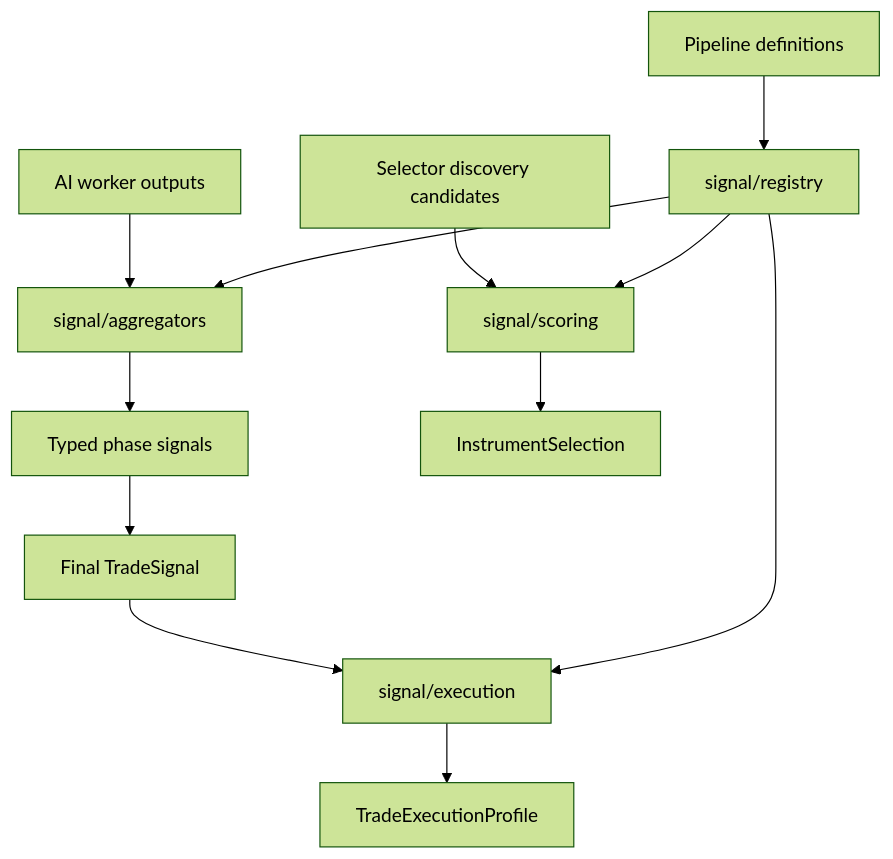
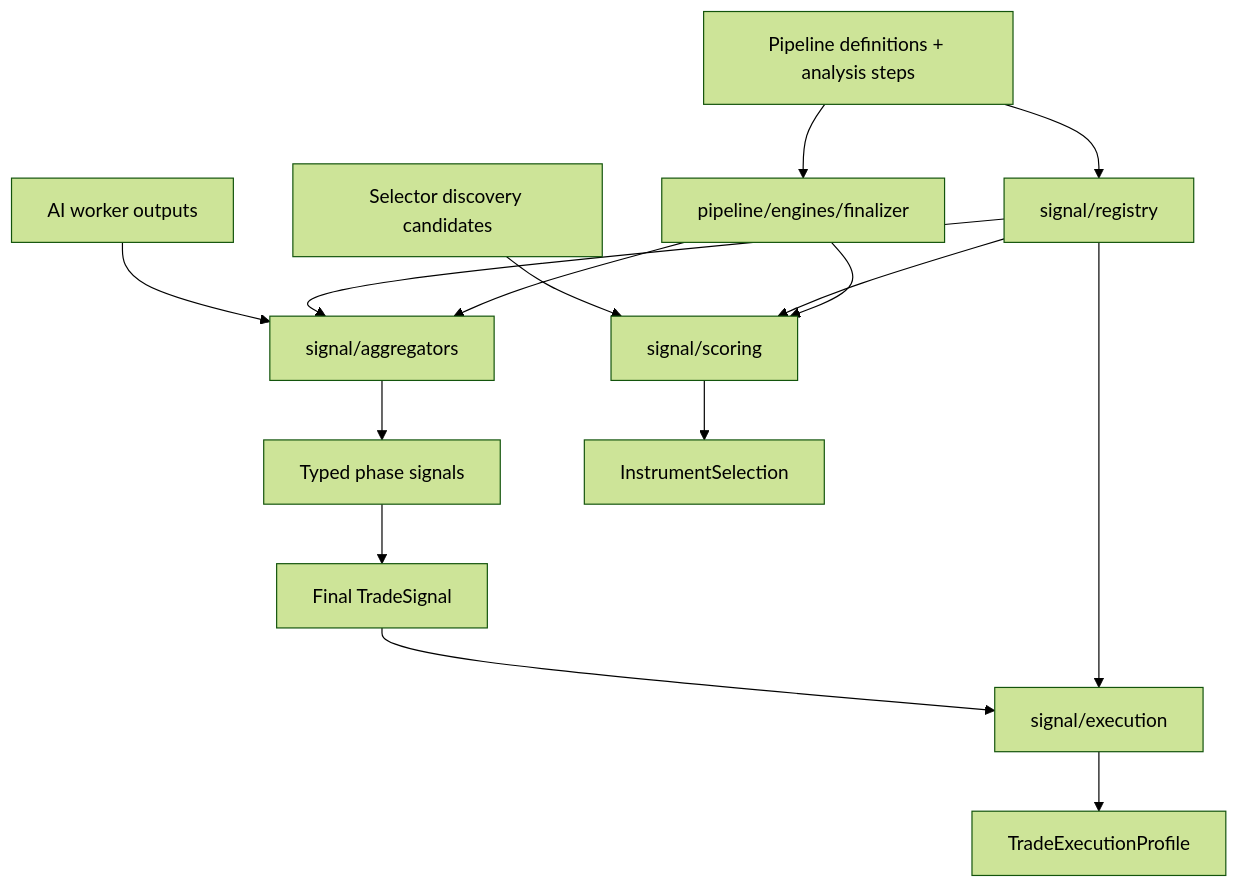
The diagram in electron/main/services/signal/README.md (KennethAtchon/Exva), drawn with Mermaid (forest theme) before and after one commit. The commit also changed other lines of this file and 19 other files, not shown here.

First line of the commit message:
Implement definition-first pipeline architecture and enhance phase organization

````diff
--- a/electron/main/services/signal/README.md
+++ b/electron/main/services/signal/README.md
@@ -17,17 +18,20 @@
 ```mermaid
 flowchart TD
     Workers[AI worker outputs] --> Aggregators[signal/aggregators]
     Aggregators --> PhaseSignals[Typed phase signals]
 
     Discovery[Selector discovery candidates] --> Scoring[signal/scoring]
     Scoring --> Selected[InstrumentSelection]
 
     PhaseSignals --> TradeSignal[Final TradeSignal]
     TradeSignal --> Execution[signal/execution]
     Execution --> Profile[TradeExecutionProfile]
 
     Registry[signal/registry] --> Aggregators
     Registry --> Scoring
     Registry --> Execution
-    Pipeline[Pipeline definitions] --> Registry
+    PhaseEngines[pipeline/engines/finalizer] --> Aggregators
+    PhaseEngines --> Scoring
+    Pipeline[Pipeline definitions + analysis steps] --> Registry
+    Pipeline --> PhaseEngines
 ```
````
